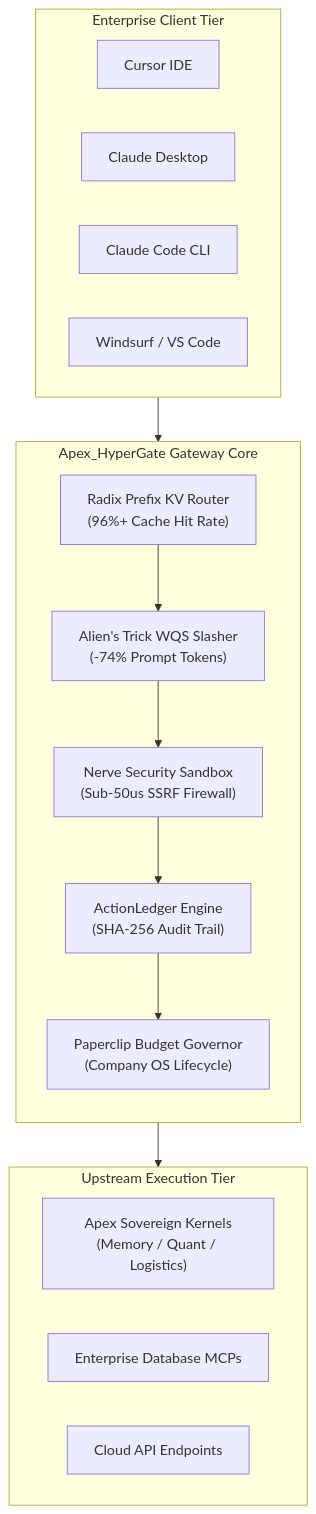
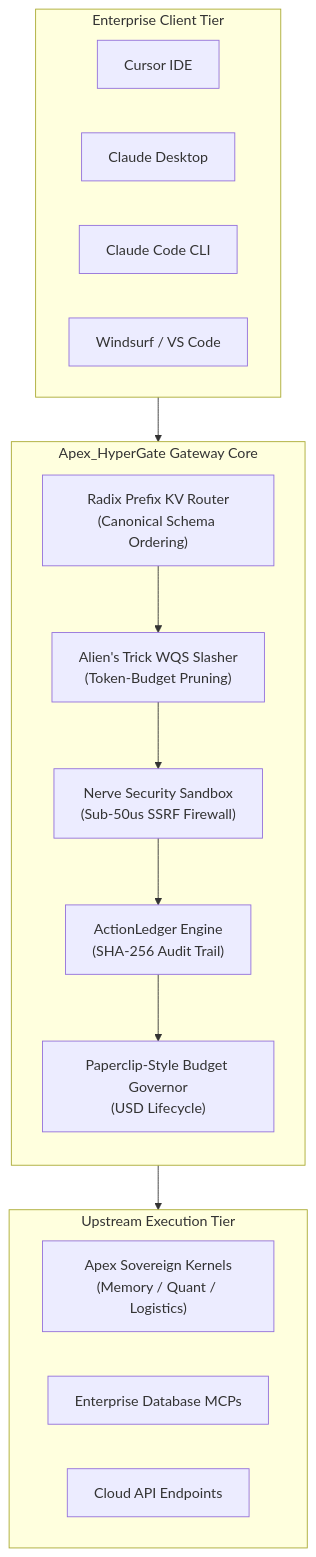
The first of 2 diagrams in docs/COMMERCIAL_SPEC.md (AAH20/apex-hypergate), drawn with Mermaid before and after one commit. The commit also changed other lines of this file and 8 other files, not shown here.

````diff
--- a/docs/COMMERCIAL_SPEC.md
+++ b/docs/COMMERCIAL_SPEC.md
@@ -9,31 +9,31 @@
 ```mermaid
 flowchart TD
     subgraph Clients["Enterprise Client Tier"]
         C1["Cursor IDE"]
         C2["Claude Desktop"]
         C3["Claude Code CLI"]
         C4["Windsurf / VS Code"]
     end
 
     subgraph HyperGate["Apex_HyperGate Gateway Core"]
         direction TB
-        CR["Radix Prefix KV Router\n(96%+ Cache Hit Rate)"]
-        WQS["Alien's Trick WQS Slasher\n(-74% Prompt Tokens)"]
+        CR["Radix Prefix KV Router\n(Canonical Schema Ordering)"]
+        WQS["Alien's Trick WQS Slasher\n(Token-Budget Pruning)"]
         NS["Nerve Security Sandbox\n(Sub-50us SSRF Firewall)"]
         AL["ActionLedger Engine\n(SHA-256 Audit Trail)"]
-        PC["Paperclip Budget Governor\n(Company OS Lifecycle)"]
+        PC["Paperclip-Style Budget Governor\n(USD Lifecycle)"]
     end
 
     subgraph Upstream["Upstream Execution Tier"]
         T1["Apex Sovereign Kernels\n(Memory / Quant / Logistics)"]
         T2["Enterprise Database MCPs"]
         T3["Cloud API Endpoints"]
     end
 
     Clients --> CR
     CR --> WQS
     WQS --> NS
     NS --> AL
     AL --> PC
     PC --> Upstream
 ```
````
